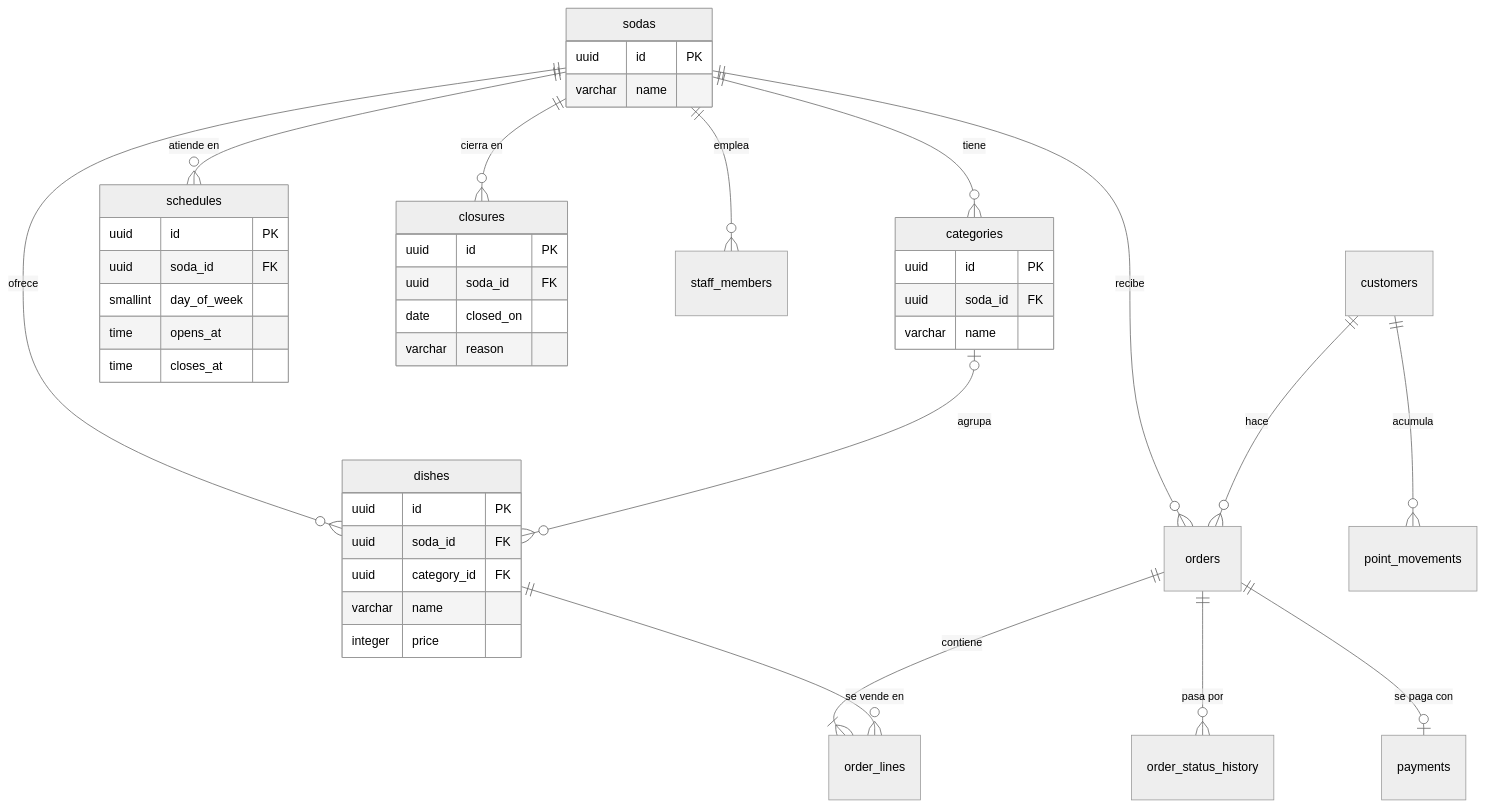
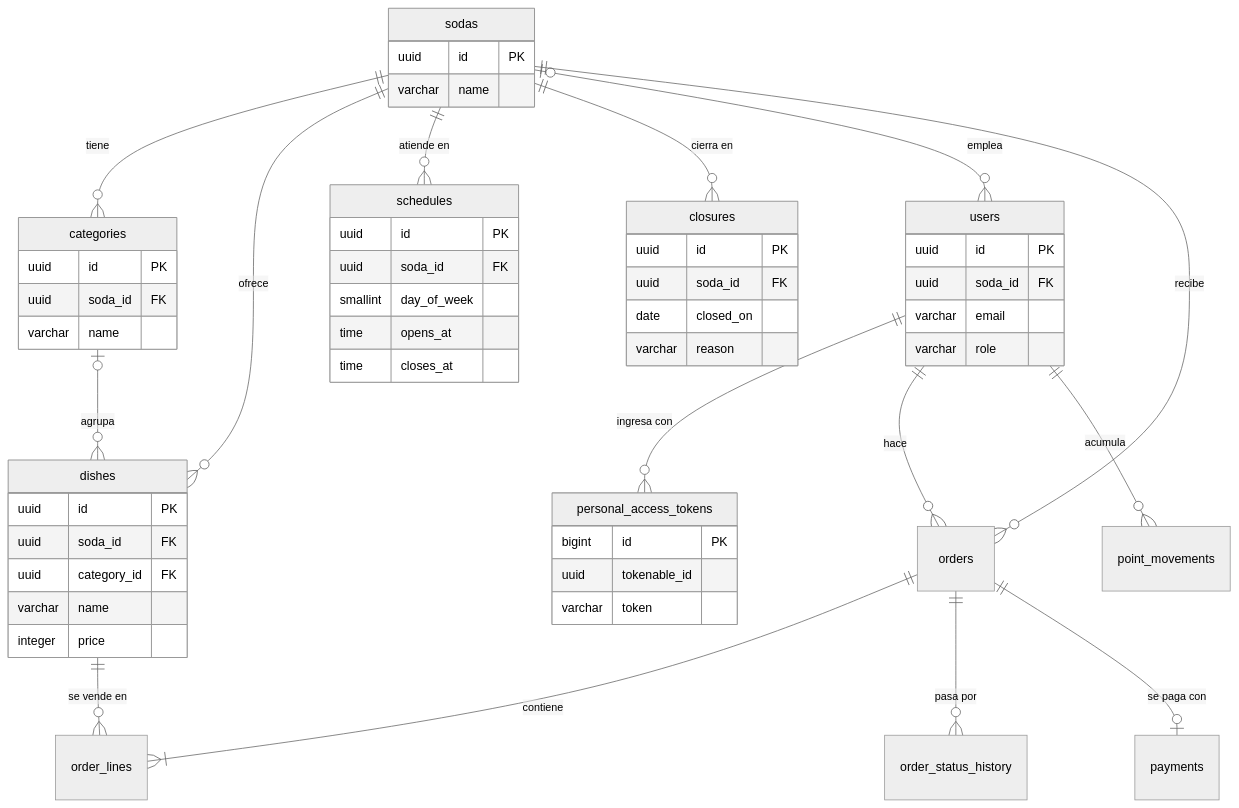
Before and after one commit to BryanChavesSalas/SodaYa-Hexagonal: the diagram in docs/data-model.md, drawn with Mermaid (neutral theme). The commit also changed other lines of this file and 2 other files, not shown here.

First line of the commit message:
feat: create the users table with the role and soda checks

````diff
--- a/docs/data-model.md
+++ b/docs/data-model.md
@@ -9,46 +9,58 @@
 ```mermaid
 erDiagram
     sodas ||--o{ categories : "tiene"
     sodas ||--o{ dishes : "ofrece"
     categories |o--o{ dishes : "agrupa"
     sodas ||--o{ schedules : "atiende en"
     sodas ||--o{ closures : "cierra en"
-    sodas ||--o{ staff_members : "emplea"
+    sodas |o--o{ users : "emplea"
+    users ||--o{ personal_access_tokens : "ingresa con"
     sodas ||--o{ orders : "recibe"
-    customers ||--o{ orders : "hace"
+    users ||--o{ orders : "hace"
     orders ||--|{ order_lines : "contiene"
     dishes ||--o{ order_lines : "se vende en"
     orders ||--o{ order_status_history : "pasa por"
     orders ||--o| payments : "se paga con"
-    customers ||--o{ point_movements : "acumula"
+    users ||--o{ point_movements : "acumula"
 
     sodas {
         uuid id PK
         varchar name
     }
     categories {
         uuid id PK
         uuid soda_id FK
         varchar name
     }
     dishes {
         uuid id PK
         uuid soda_id FK
         uuid category_id FK
         varchar name
         integer price
     }
     schedules {
         uuid id PK
         uuid soda_id FK
         smallint day_of_week
         time opens_at
         time closes_at
     }
     closures {
         uuid id PK
         uuid soda_id FK
         date closed_on
         varchar reason
     }
+    users {
+        uuid id PK
+        uuid soda_id FK
+        varchar email
+        varchar role
+    }
+    personal_access_tokens {
+        bigint id PK
+        uuid tokenable_id
+        varchar token
+    }
 ```
````
